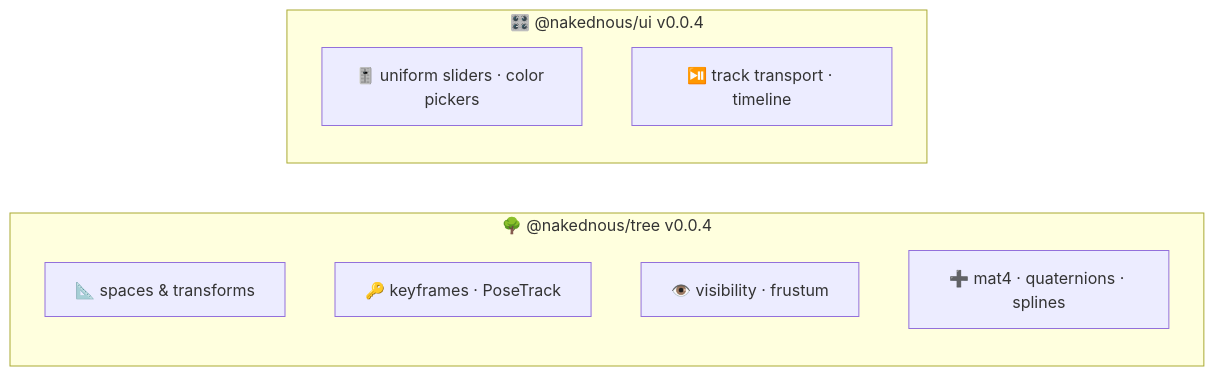
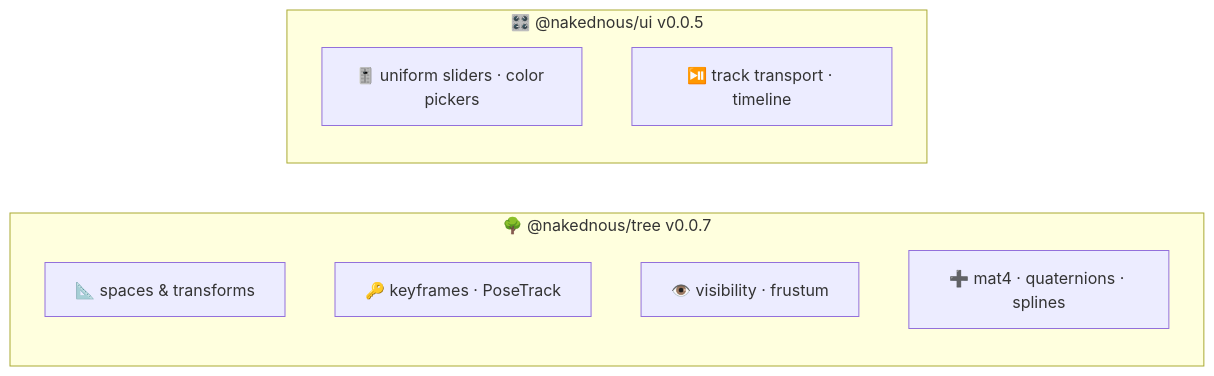
The second of 8 diagrams in slides.md (ABJ-d/tree), drawn with Mermaid before and after one commit. The commit also changed other lines of this file and 1 other file, not shown here.

````diff
--- a/slides.md
+++ b/slides.md
@@ -74,14 +74,14 @@
 ```mermaid
 flowchart LR
-  subgraph T["🌳 @nakednous/tree v0.0.4"]
+  subgraph T["🌳 @nakednous/tree v0.0.7"]
     t1["📐 spaces & transforms"]
     t2["🔑 keyframes · PoseTrack"]
     t3["👁️ visibility · frustum"]
     t4["➕ mat4 · quaternions · splines"]
   end
 
-  subgraph U["🎛️ @nakednous/ui v0.0.4"]
+  subgraph U["🎛️ @nakednous/ui v0.0.5"]
     u1["🎚️ uniform sliders · color pickers"]
     u2["⏯️ track transport · timeline"]
   end
 ```
````
